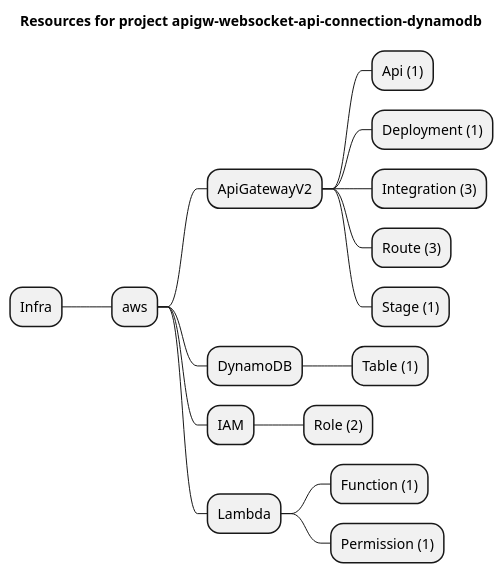
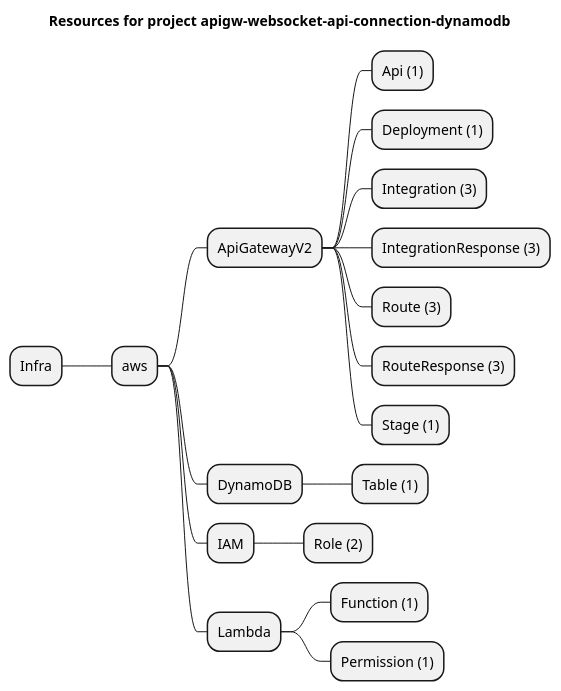
One commit to grucloud/grucloud changed the diagram in examples/aws/ApiGatewayV2/apigw-websocket-api-connection-dynamodb/artifacts/resources-mindmap.puml. Above: the diagram before and after it, drawn with PlantUML. The commit also changed 123 other files, not shown here.

```diff
--- a/examples/aws/ApiGatewayV2/apigw-websocket-api-connection-dynamodb/artifacts/resources-mindmap.puml
+++ b/examples/aws/ApiGatewayV2/apigw-websocket-api-connection-dynamodb/artifacts/resources-mindmap.puml
@@ -1,19 +1,21 @@
 @startmindmap
 title Resources for project apigw-websocket-api-connection-dynamodb
 skinparam monochrome true
 + Infra
 ++ aws
 +++ ApiGatewayV2
 ++++ Api (1)
 ++++ Deployment (1)
 ++++ Integration (3)
+++++ IntegrationResponse (3)
 ++++ Route (3)
+++++ RouteResponse (3)
 ++++ Stage (1)
 +++ DynamoDB
 ++++ Table (1)
 +++ IAM
 ++++ Role (2)
 +++ Lambda
 ++++ Function (1)
 ++++ Permission (1)
 @endmindmap
```
